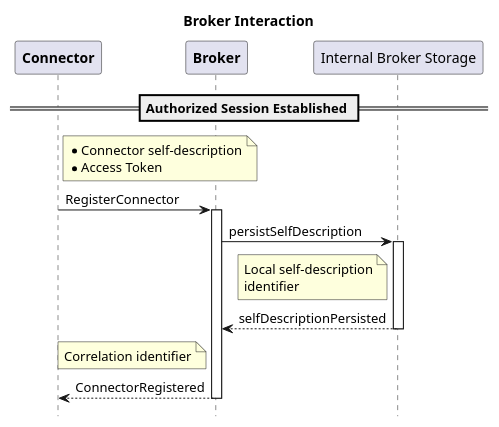
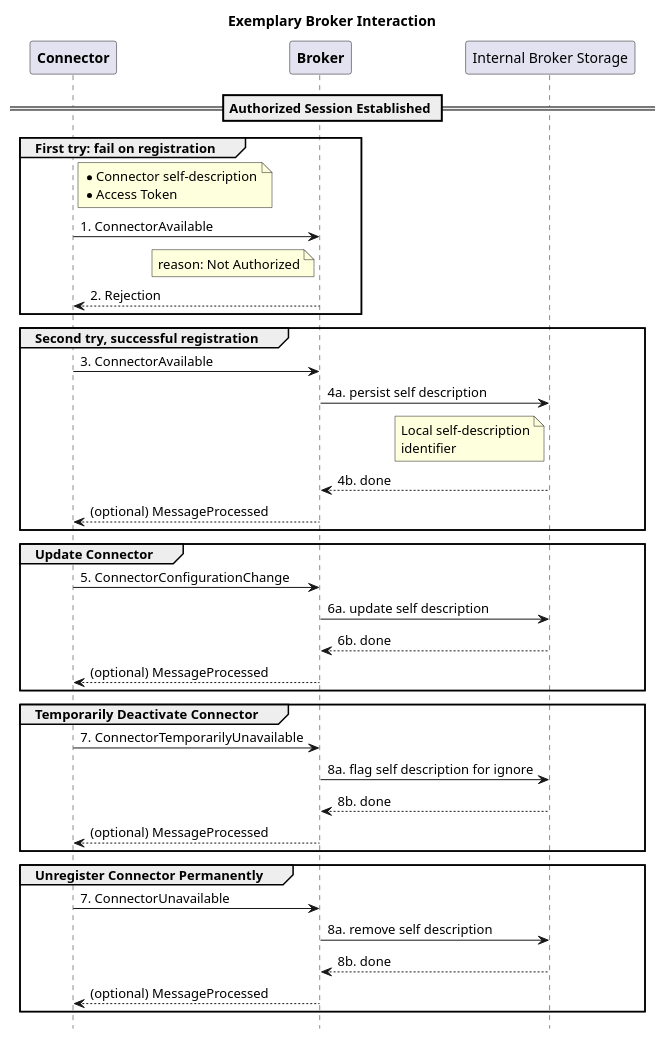
One commit to IndustrialDataSpace/Documentation changed the diagram in broker_interaction.plantuml. Above: the diagram before and after it, drawn with PlantUML. The commit also changed 2 other files, not shown here.

Commit message:
update broker and contract negotiation workflows

```diff
--- a/broker_interaction.plantuml
+++ b/broker_interaction.plantuml
@@ -1,29 +1,49 @@
 @startuml
 
 hide footbox
 
-title Broker Interaction
+title Exemplary Broker Interaction
 
 participant "**Connector**" as C
 participant "**Broker**" as B
 participant "Internal Broker Storage" as IBS
 
 == Authorized Session Established ==
 
-note right of C: *Connector self-description\n*Access Token
-C -> B: RegisterConnector
-activate B
+group First try: fail on registration
+    note right of C: *Connector self-description\n*Access Token
+    C -> B: 1. ConnectorAvailable
+    note left of B: reason: Not Authorized
+    B --> C: 2. Rejection
+end
 
-B -> IBS: persistSelfDescription
-activate IBS
+group Second try, successful registration
+    C -> B: 3. ConnectorAvailable
+    B -> IBS: 4a. persist self description
+    note left of IBS: Local self-description\nidentifier
+    IBS --> B: 4b. done
+    B --> C: (optional) MessageProcessed
+end
 
-note left of IBS: Local self-description\nidentifier
-IBS --> B: selfDescriptionPersisted
-deactivate IBS
+group Update Connector
+    C -> B: 5. ConnectorConfigurationChange
+    B -> IBS: 6a. update self description
+    IBS --> B: 6b. done
+    B --> C: (optional) MessageProcessed
+end
 
+group Temporarily Deactivate Connector
+    C -> B: 7. ConnectorTemporarilyUnavailable
+    B -> IBS: 8a. flag self description for ignore
+    IBS --> B: 8b. done
+    B --> C: (optional) MessageProcessed
+end
 
-note left of B: Correlation identifier
-B --> C: ConnectorRegistered
-deactivate B
+group Unregister Connector Permanently
+    C -> B: 7. ConnectorUnavailable
+    B -> IBS: 8a. remove self description
+    IBS --> B: 8b. done
+    B --> C: (optional) MessageProcessed
+end
 
 @enduml
```
